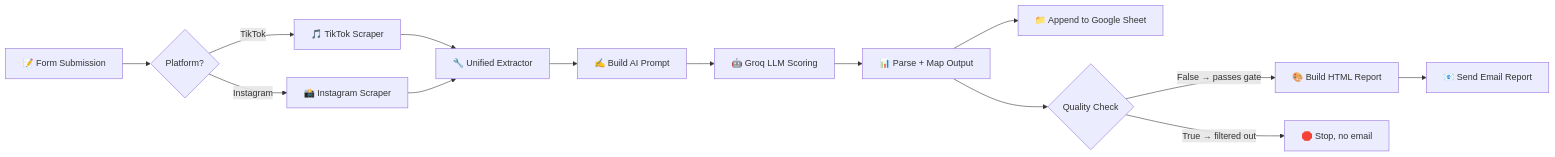
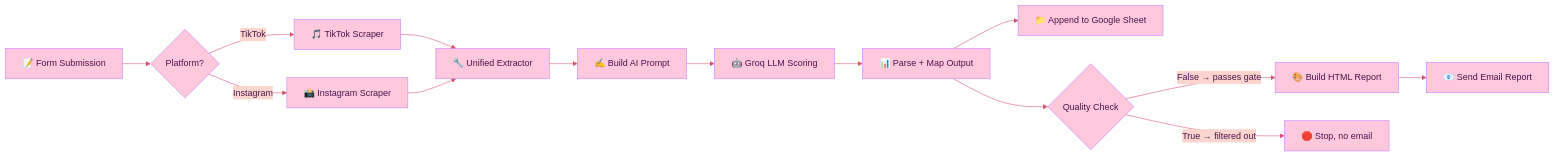
One commit to nou619/n8n-creator-discovery-specialist changed the diagram in README.md. Above: the diagram before and after it, drawn with Mermaid. The commit also changed other lines of this file, not shown here.

````diff
--- a/README.md
+++ b/README.md
@@ -24,16 +24,17 @@
 ```mermaid
+%%{init: {'theme': 'base', 'themeVariables': { 'primaryColor': '#ffc8dd', 'primaryBorderColor': '#c77dff', 'primaryTextColor': '#4a154b', 'lineColor': '#d94f70', 'secondaryColor': '#fcd5ce'}}}%%
 flowchart LR
     A[📝 Form Submission] --> B{Platform?}
     B -->|TikTok| C[🎵 TikTok Scraper]
     B -->|Instagram| D[📸 Instagram Scraper]
     C --> E[🔧 Unified Extractor]
     D --> E
     E --> F[✍️ Build AI Prompt]
     F --> G[🤖 Groq LLM Scoring]
     G --> H[📊 Parse + Map Output]
     H --> I[📁 Append to Google Sheet]
     H --> J{Quality Check}
     J -->|False → passes gate| K[🎨 Build HTML Report]
     J -->|True → filtered out| L[🛑 Stop, no email]
     K --> M[📧 Send Email Report]
 ```
````
